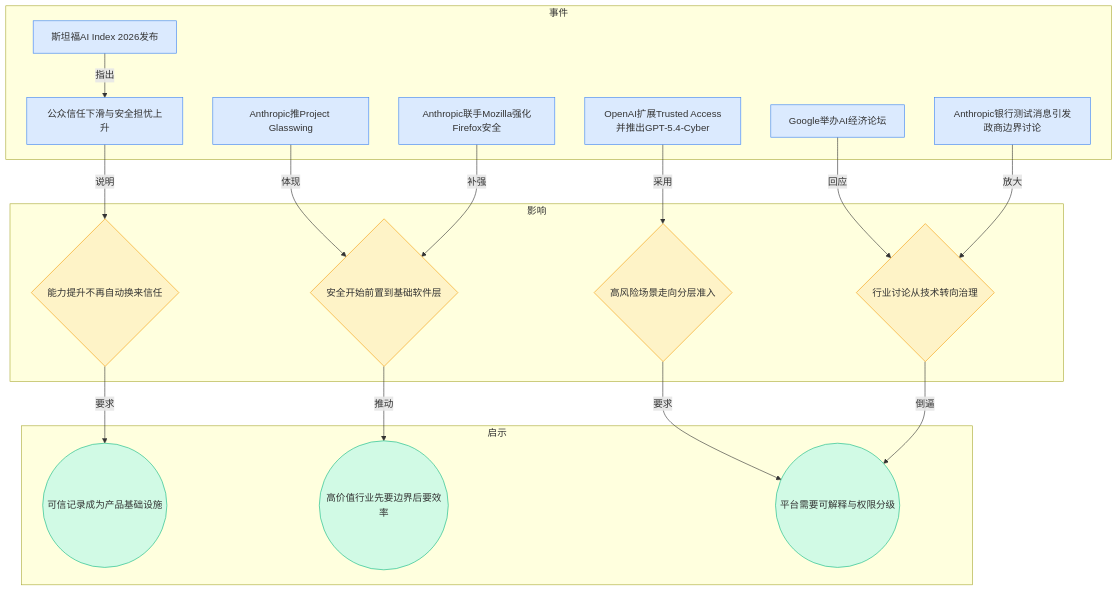
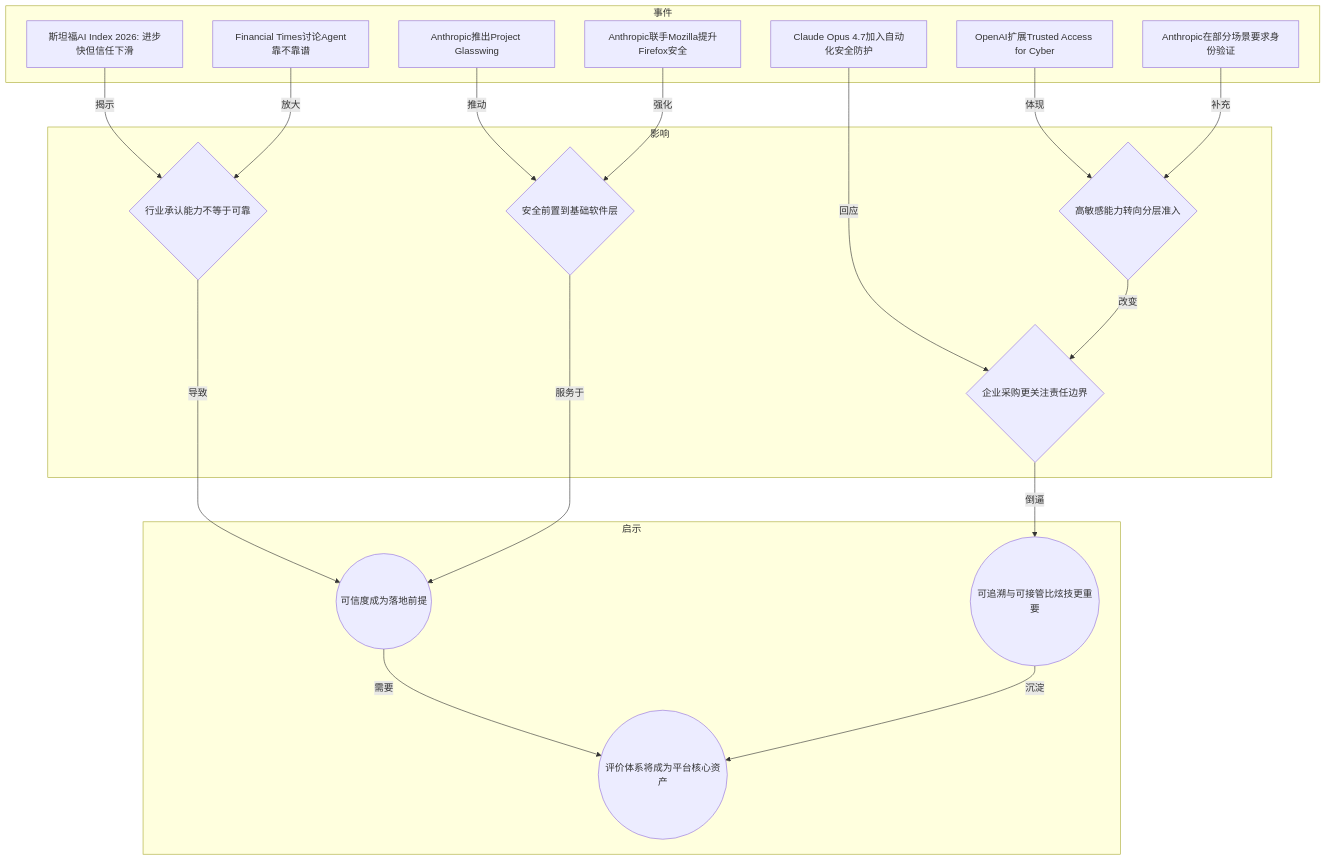
One commit to ylzsdafei/ai-daily-site changed the fourth of 8 diagrams in content/cn/blog/weekly/2026-W16.md. Above: the diagram before and after it, drawn with Mermaid. The commit also changed other lines of this file and 4 other files, not shown here.

````diff
--- a/content/cn/blog/weekly/2026-W16.md
+++ b/content/cn/blog/weekly/2026-W16.md
@@ -103,40 +92,36 @@
 ```mermaid
 graph TD
 subgraph 事件
-A[斯坦福AI Index 2026发布]
-B[公众信任下滑与安全担忧上升]
-C[Google举办AI经济论坛]
-D[Anthropic推Project Glasswing]
-E[Anthropic联手Mozilla强化Firefox安全]
-F[OpenAI扩展Trusted Access并推出GPT-5.4-Cyber]
-G[Anthropic银行测试消息引发政商边界讨论]
+A[斯坦福AI Index 2026: 进步快但信任下滑]
+B[Financial Times讨论Agent靠不靠谱]
+C[Anthropic推出Project Glasswing]
+D[Anthropic联手Mozilla提升Firefox安全]
+E[OpenAI扩展Trusted Access for Cyber]
+F[Anthropic在部分场景要求身份验证]
+G[Claude Opus 4.7加入自动化安全防护]
 end
 subgraph 影响
-H{能力提升不再自动换来信任}
-I{安全开始前置到基础软件层}
-J{高风险场景走向分层准入}
-K{行业讨论从技术转向治理}
+H{行业承认能力不等于可靠}
+I{安全前置到基础软件层}
+J{高敏感能力转向分层准入}
+K{企业采购更关注责任边界}
 end
 subgraph 启示
-L((可信记录成为产品基础设施))
-M((高价值行业先要边界后要效率))
-N((平台需要可解释与权限分级))
+L((可信度成为落地前提))
+M((可追溯与可接管比炫技更重要))
+N((评价体系将成为平台核心资产))
 end
-A -->|指出| B
-B -->|说明| H
-C -->|回应| K
-D -->|体现| I
-E -->|补强| I
-F -->|采用| J
-G -->|放大| K
-H -->|要求| L
-I -->|推动| M
-J -->|要求| N
-K -->|倒逼| N
-classDef blue fill:#dbeafe,stroke:#3b82f6
-classDef yellow fill:#fef3c7,stroke:#f59e0b
-classDef green fill:#d1fae5,stroke:#10b981
-class A,B,C,D,E,F,G blue
-class H,I,J,K yellow
-class L,M,N green
+A -->|揭示| H
+B -->|放大| H
+C -->|推动| I
+D -->|强化| I
+E -->|体现| J
+F -->|补充| J
+G -->|回应| K
+H -->|导致| L
+I -->|服务于| L
+J -->|改变| K
+K -->|倒逼| M
+L -->|需要| N
+M -->|沉淀| N
 ```
````
